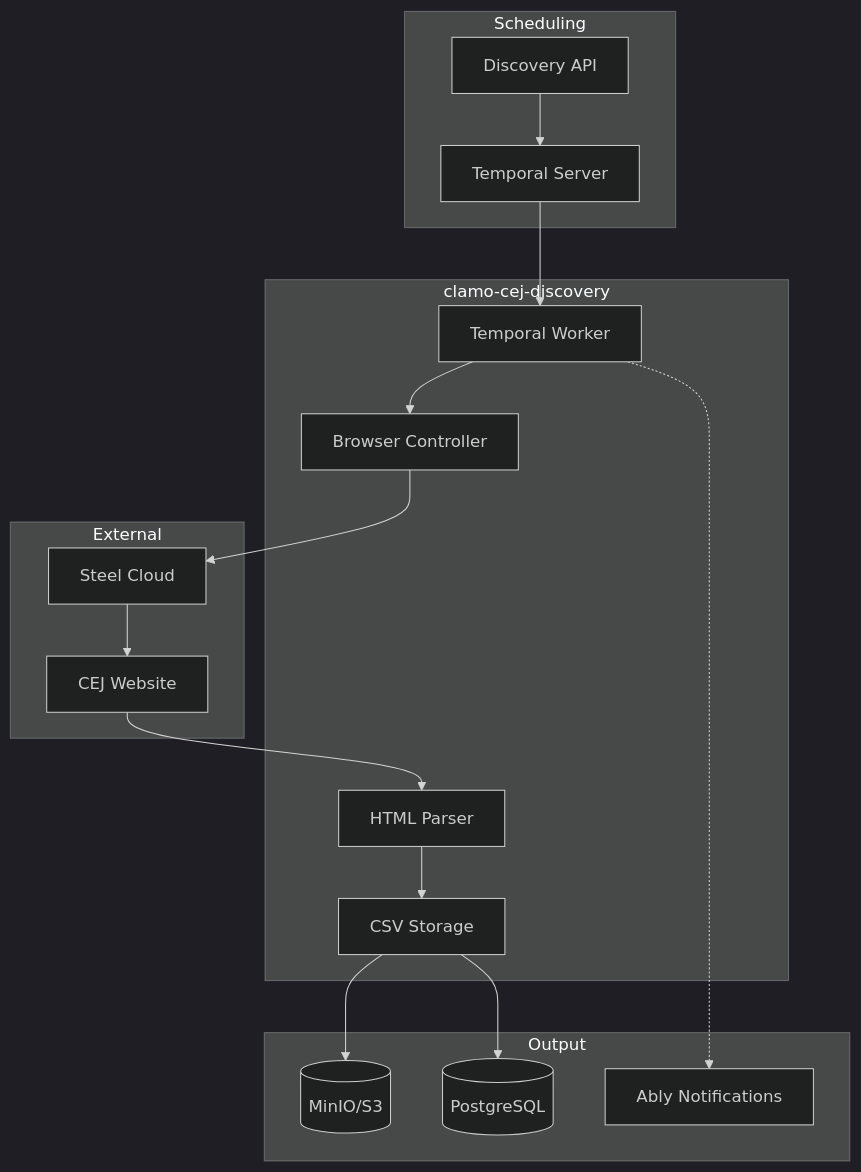
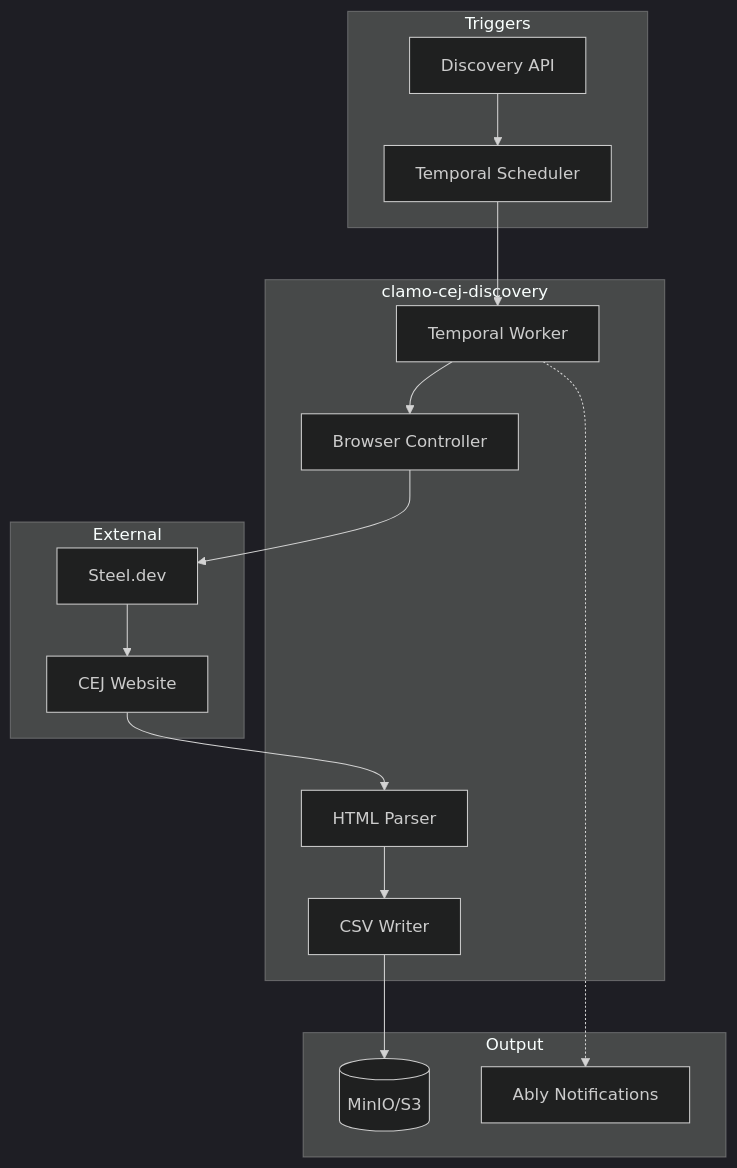
Before and after one commit to GetClamo/docs: the diagram in en/services/clamo-cej-discovery.mdx, drawn with Mermaid (dark theme). The commit also changed other lines of this file and 10 other files, not shown here.

First line of the commit message:
docs: update ask-clamo documentation to reflect unified architecture and profile integration

````diff
--- a/en/services/clamo-cej-discovery.mdx
+++ b/en/services/clamo-cej-discovery.mdx
@@ -23,36 +31,34 @@
 ```mermaid
 flowchart TB
-    subgraph Scheduler [Scheduling]
-        Temporal[Temporal Server]
+    subgraph Trigger [Triggers]
         API[Discovery API]
+        Temporal[Temporal Scheduler]
     end
     
     subgraph Discovery [clamo-cej-discovery]
         Worker[Temporal Worker]
         Browser[Browser Controller]
         Parser[HTML Parser]
-        Storage[CSV Storage]
+        CSVWriter[CSV Writer]
     end
     
     subgraph External [External]
-        Steel[Steel Cloud]
+        Steel[Steel.dev]
         CEJ[CEJ Website]
     end
     
     subgraph Output [Output]
         MinIO[(MinIO/S3)]
-        DB[(PostgreSQL)]
         Ably[Ably Notifications]
     end
     
     API --> Temporal
     Temporal --> Worker
     Worker --> Browser
     Browser --> Steel
     Steel --> CEJ
     CEJ --> Parser
-    Parser --> Storage
-    Storage --> MinIO
-    Storage --> DB
+    Parser --> CSVWriter
+    CSVWriter --> MinIO
     Worker -.-> Ably
 ```
````
